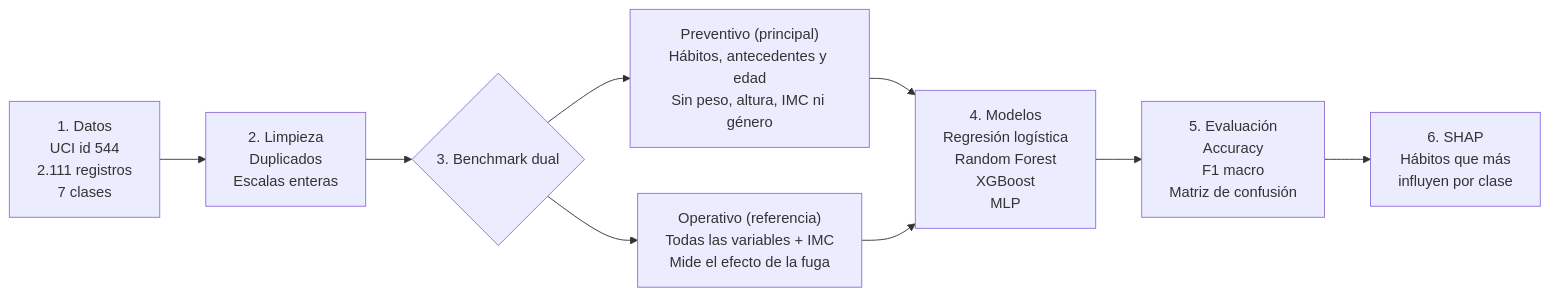
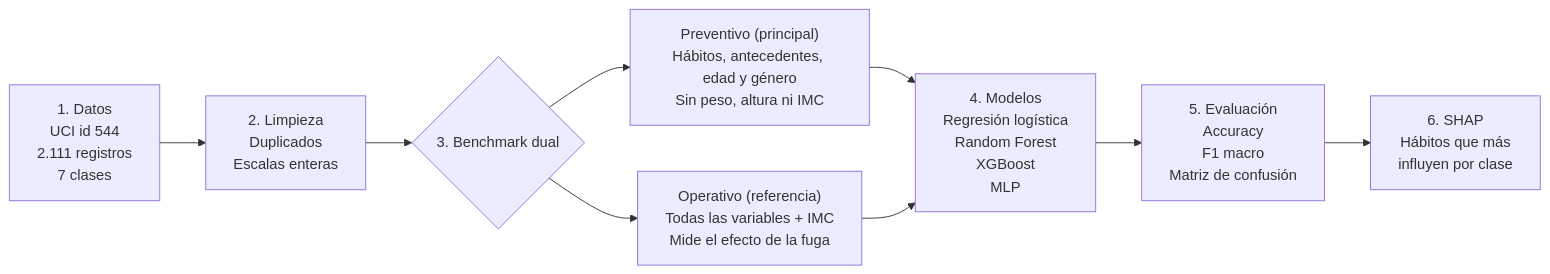
One commit to tdavidvergara/proyecto_final_aprendizaje_automatico changed the diagram in Informe_Estado_del_Arte_Obesidad_ML_DL.md. Above: the diagram before and after it, drawn with Mermaid. The commit also changed other lines of this file, not shown here.

Commit message:
docs: mantener Gender en el preventivo y documentar su sesgo como decision pendiente

````diff
--- a/Informe_Estado_del_Arte_Obesidad_ML_DL.md
+++ b/Informe_Estado_del_Arte_Obesidad_ML_DL.md
@@ -214,11 +214,11 @@
 ```mermaid
 flowchart LR
     A["1. Datos<br/>UCI id 544<br/>2.111 registros<br/>7 clases"] --> B["2. Limpieza<br/>Duplicados<br/>Escalas enteras"]
     B --> C{"3. Benchmark dual"}
-    C --> P["Preventivo (principal)<br/>Hábitos, antecedentes y edad<br/>Sin peso, altura, IMC ni género"]
+    C --> P["Preventivo (principal)<br/>Hábitos, antecedentes, edad y género<br/>Sin peso, altura ni IMC"]
     C --> O["Operativo (referencia)<br/>Todas las variables + IMC<br/>Mide el efecto de la fuga"]
     P --> M["4. Modelos<br/>Regresión logística<br/>Random Forest<br/>XGBoost<br/>MLP"]
     O --> M
     M --> E["5. Evaluación<br/>Accuracy<br/>F1 macro<br/>Matriz de confusión"]
     E --> S["6. SHAP<br/>Hábitos que más<br/>influyen por clase"]
 ```
````
